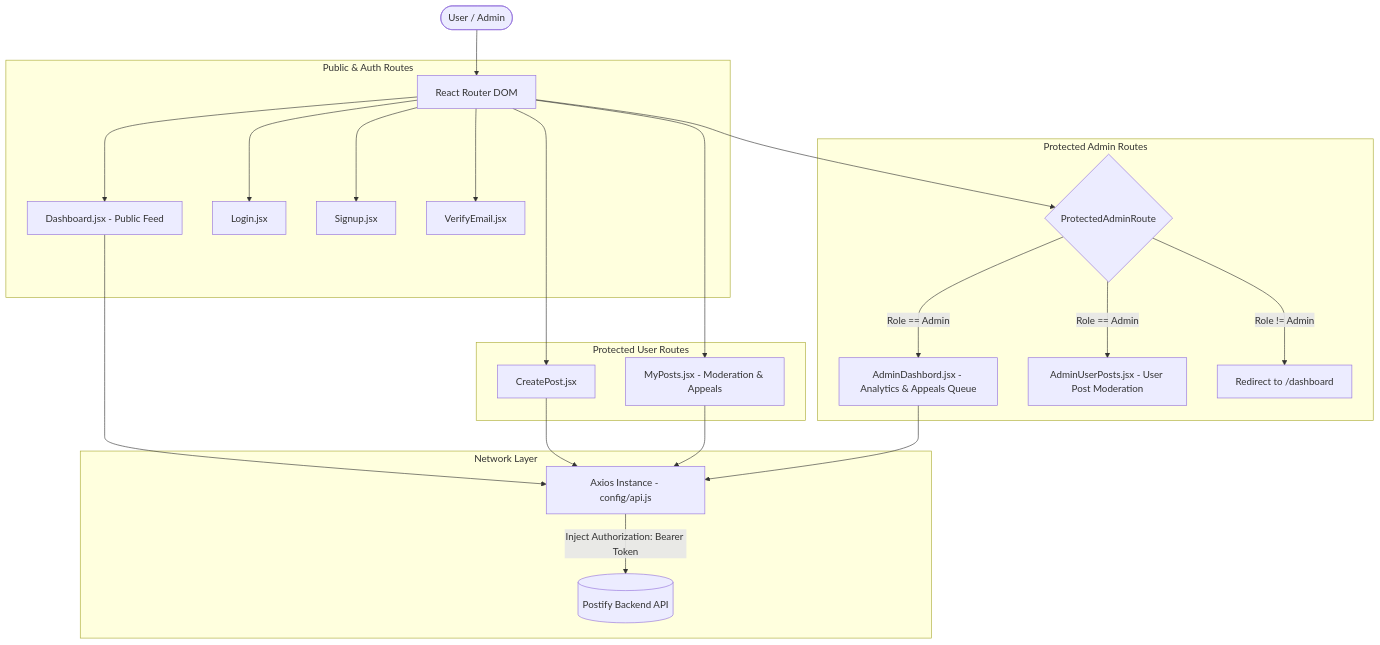
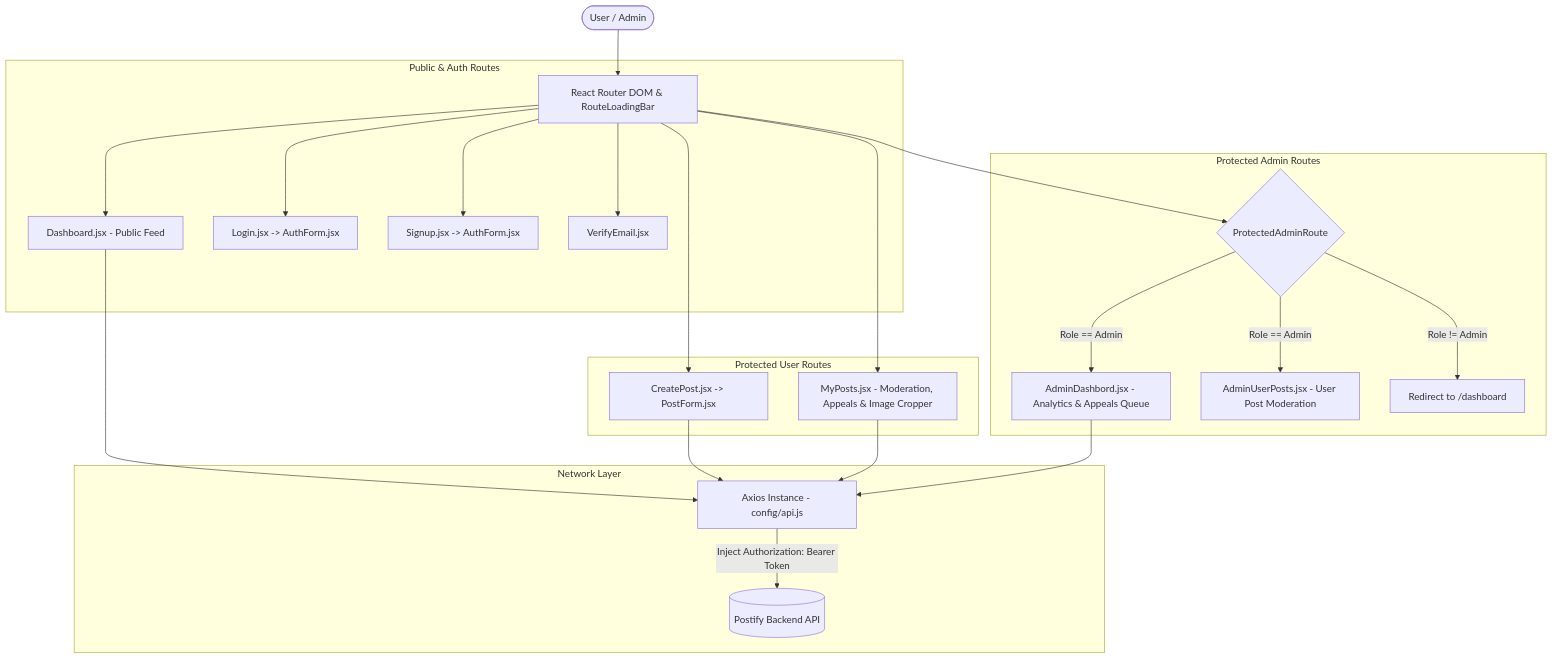
The diagram in README.md (aditya265254/Postify-frontend), drawn with Mermaid before and after one commit. The commit also changed other lines of this file and 6 other files, not shown here.

Commit message:
feat: implement admin dashboard with appeal moderation and add ConfirmModal component for secure deletion operations

````diff
--- a/README.md
+++ b/README.md
@@ -16,32 +16,32 @@
 ```mermaid
 flowchart TD
-    User(["User / Admin"]) --> Router["React Router DOM"]
+    User(["User / Admin"]) --> Router["React Router DOM & RouteLoadingBar"]
     
     subgraph "Public & Auth Routes"
         Router --> Feed["Dashboard.jsx - Public Feed"]
-        Router --> Login["Login.jsx"]
-        Router --> Signup["Signup.jsx"]
+        Router --> Login["Login.jsx -> AuthForm.jsx"]
+        Router --> Signup["Signup.jsx -> AuthForm.jsx"]
         Router --> Verify["VerifyEmail.jsx"]
     end
 
     subgraph "Protected User Routes"
-        Router --> Create["CreatePost.jsx"]
-        Router --> MyPosts["MyPosts.jsx - Moderation & Appeals"]
+        Router --> Create["CreatePost.jsx -> PostForm.jsx"]
+        Router --> MyPosts["MyPosts.jsx - Moderation, Appeals & Image Cropper"]
     end
 
     subgraph "Protected Admin Routes"
         Router --> AdminGuard{"ProtectedAdminRoute"}
         AdminGuard -->|Role == Admin| AdminDash["AdminDashbord.jsx - Analytics & Appeals Queue"]
         AdminGuard -->|Role == Admin| AdminUserPosts["AdminUserPosts.jsx - User Post Moderation"]
         AdminGuard -->|Role != Admin| Redirect["Redirect to /dashboard"]
     end
 
     subgraph "Network Layer"
         Axios["Axios Instance - config/api.js"] -->|Inject Authorization: Bearer Token| BackendAPI[("Postify Backend API")]
     end
 
     Feed --> Axios
     Create --> Axios
     MyPosts --> Axios
     AdminDash --> Axios
 ```
````
